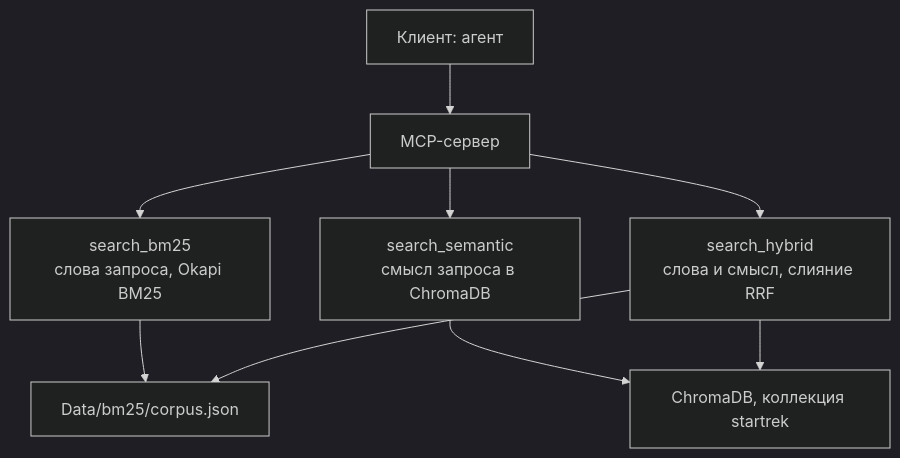
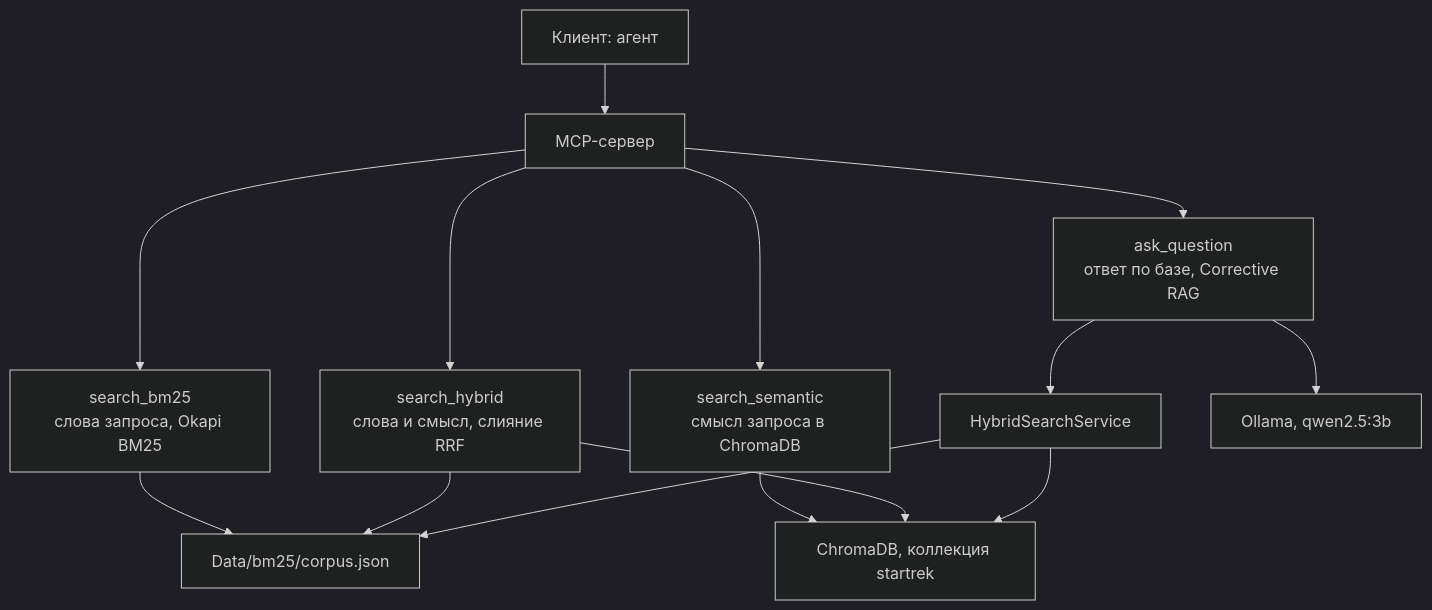
The first of 2 diagrams in README.md (luna-pulse/MCP.RAG.StarTrek), drawn with Mermaid (dark theme) before and after one commit. The commit also changed other lines of this file and 33 other files, not shown here.

First line of the commit message:
Add ask_question so the MCP server answers from the Star Trek corpus.

````diff
--- a/README.md
+++ b/README.md
@@ -16,11 +17,16 @@
 ```mermaid
 flowchart TB
     Client["Клиент: агент"] --> Server["MCP-сервер"]
+    Server --> Ask["ask_question\nответ по базе, Corrective RAG"]
     Server --> Bm25["search_bm25\nслова запроса, Okapi BM25"]
     Server --> Semantic["search_semantic\nсмысл запроса в ChromaDB"]
     Server --> Hybrid["search_hybrid\nслова и смысл, слияние RRF"]
+    Ask --> HybridSearch["HybridSearchService"]
+    Ask --> Ollama["Ollama, qwen2.5:3b"]
     Bm25 --> Corpus["Data/bm25/corpus.json"]
     Semantic --> Chroma["ChromaDB, коллекция startrek"]
     Hybrid --> Corpus
     Hybrid --> Chroma
+    HybridSearch --> Corpus
+    HybridSearch --> Chroma
 ```
````
